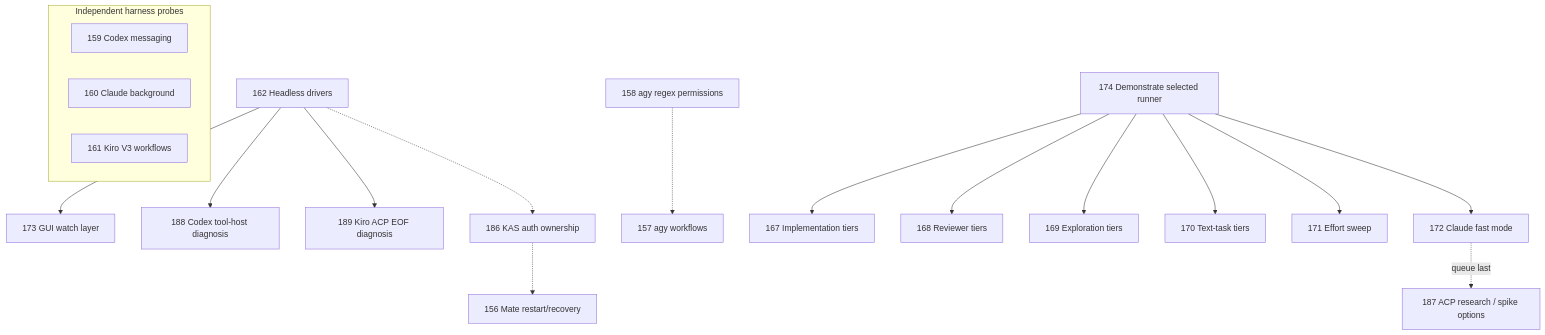
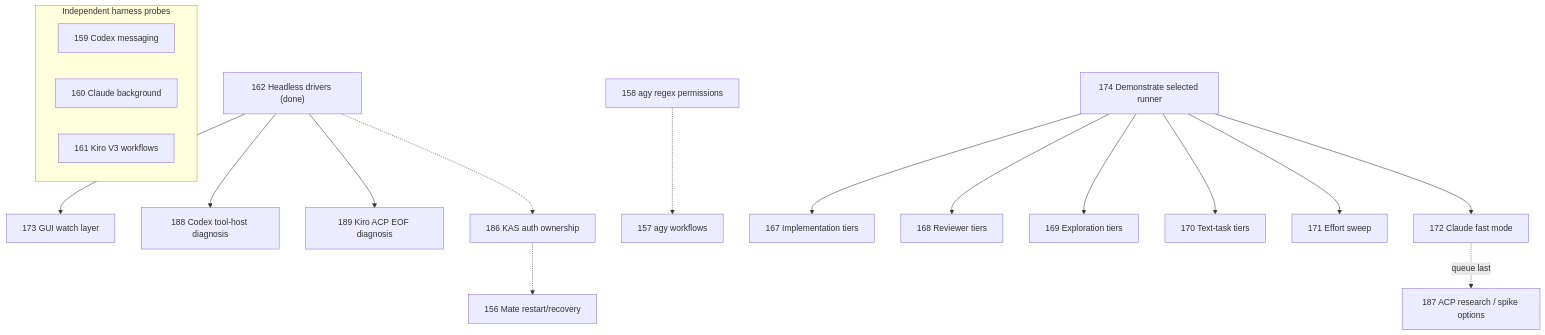
One commit to smileynet/grey-matter changed the diagram in docs/plan.md. Above: the diagram before and after it, drawn with Mermaid. The commit also changed other lines of this file and 1 other file, not shown here.

Commit message:
docs(status): record headless driver delivery and current queue

````diff
--- a/docs/plan.md
+++ b/docs/plan.md
@@ -209,21 +209,21 @@
 ```mermaid
 flowchart TD
-  D162["162 Headless drivers"] --> G173["173 GUI watch layer"]
+  D162["162 Headless drivers (done)"] --> G173["173 GUI watch layer"]
   D162 --> C188["188 Codex tool-host diagnosis"]
   D162 --> K189["189 Kiro ACP EOF diagnosis"]
   D162 -.-> A186["186 KAS auth ownership"]
   A186 -.-> M156["156 Mate restart/recovery"]
   P158["158 agy regex permissions"] -.-> W157["157 agy workflows"]
   subgraph Other["Independent harness probes"]
     C159["159 Codex messaging"]
     B160["160 Claude background"]
     K161["161 Kiro V3 workflows"]
   end
   R174["174 Demonstrate selected runner"] --> I167["167 Implementation tiers"]
   R174 --> V168["168 Reviewer tiers"]
   R174 --> E169["169 Exploration tiers"]
   R174 --> T170["170 Text-task tiers"]
   R174 --> F171["171 Effort sweep"]
   R174 --> S172["172 Claude fast mode"]
   S172 -. "queue last" .-> Q187["187 ACP research / spike options"]
 ```
````
